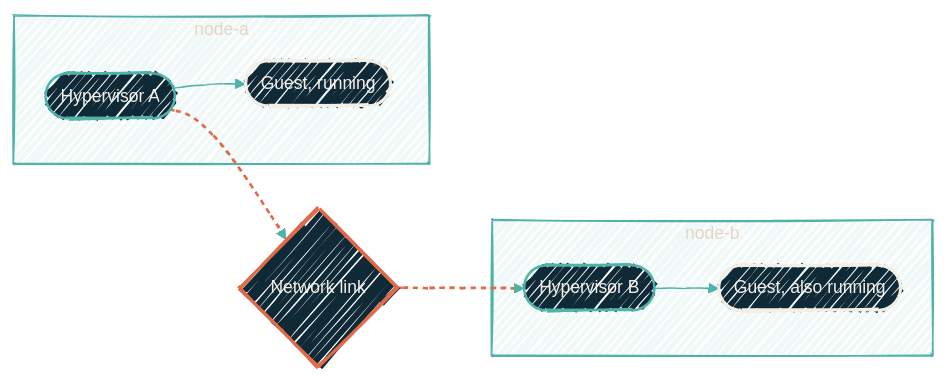
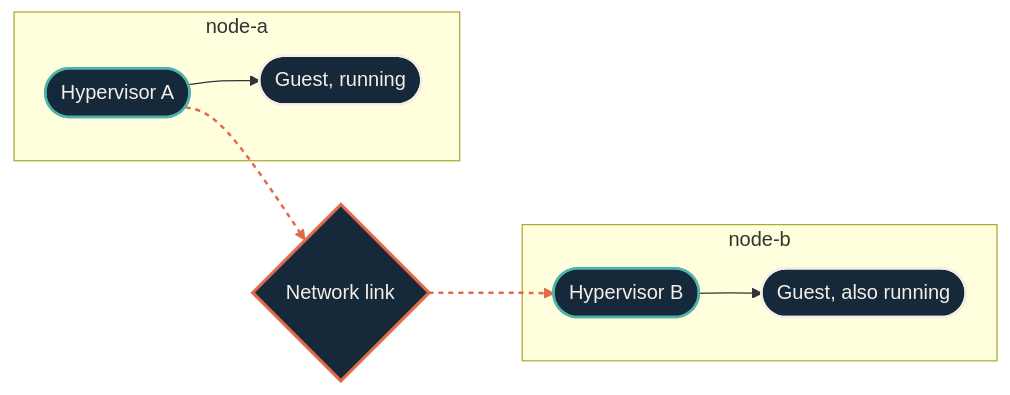
One commit to dryvist/docs changed the diagram in explainers/clusters-and-quorum.mdx. Above: the diagram before and after it, drawn with Mermaid. The commit also changed other lines of this file and 116 other files, not shown here.

````diff
--- a/explainers/clusters-and-quorum.mdx
+++ b/explainers/clusters-and-quorum.mdx
@@ -28,31 +28,34 @@
 ```mermaid
-%%{init:
-  {'theme':'base','look':'handDrawn','themeVariables':{'fontFamily':'Geist','fontSize':'14px','primaryColor':'#102937','primaryTextColor':'#F4EFE6','primaryBorderColor':'#4FB3A9','lineColor':'#4FB3A9','secondaryColor':'#0B1D2A','tertiaryColor':'#1A2A38','clusterBkg':'rgba(79,179,169,0.08)','clusterBorder':'#4FB3A9'}}}%%
-  flowchart LR
+%%{init: {"theme":"base","look":"handDrawn","themeVariables":{"primaryColor":"#123a36","primaryTextColor":"#f4efe6","primaryBorderColor":"#4fb3a9","lineColor":"#4fb3a9","secondaryColor":"#0b1d2a","tertiaryColor":"#16293a","clusterBkg":"#08151f","clusterBorder":"#4fb3a9","fontFamily":"'Geist Sans', system-ui, -apple-system, BlinkMacSystemFont, 'Segoe UI', Roboto, sans-serif","fontSize":"14px"}}}%%
+flowchart LR
+  classDef src fill:#16293a,stroke:#e06b4a,stroke-width:2px,color:#f4efe6;
+  classDef ai fill:#16293a,stroke:#e06b4a,stroke-width:2px,color:#f4efe6;
+  classDef gate fill:#16293a,stroke:#e06b4a,stroke-width:2.5px,color:#f4efe6;
+  classDef hop fill:#16293a,stroke:#4fb3a9,stroke-width:2px,color:#f4efe6;
+  classDef host fill:#16293a,stroke:#4fb3a9,stroke-width:2px,color:#f4efe6;
+  classDef sink fill:#16293a,stroke:#f4efe6,stroke-width:2px,color:#f4efe6;
+  classDef auto fill:#16293a,stroke:#f4efe6,stroke-width:1.5px,color:#f4efe6;
+  classDef external fill:#16293a,stroke:#e6b35a,stroke-width:2px,color:#f4efe6;
   subgraph A["node-a"]
   HostA([Hypervisor A])
   GuestA([Guest, running])
   end
 
   Link{Network link}
 
   subgraph B["node-b"]
   HostB([Hypervisor B])
   GuestB([Guest, also running])
   end
 
   HostA --> Link
   Link --> HostB
   HostA --> GuestA
   HostB --> GuestB
 
-  classDef host fill:#102937,stroke:#4FB3A9,stroke-width:2px,color:#F4EFE6;
-  classDef gate fill:#102937,stroke:#E06B4A,stroke-width:2.5px,color:#F4EFE6;
-  classDef sink fill:#102937,stroke:#F4EFE6,stroke-width:2.5px,color:#F4EFE6;
-
   class HostA,HostB host
   class Link gate
   class GuestA,GuestB sink
 
   linkStyle 0,1 stroke:#E06B4A,stroke-width:2px,stroke-dasharray:4 4;
 ```
````
